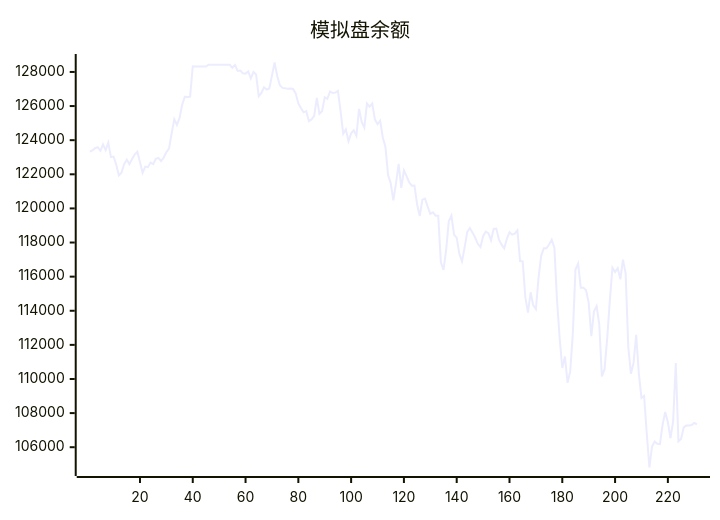
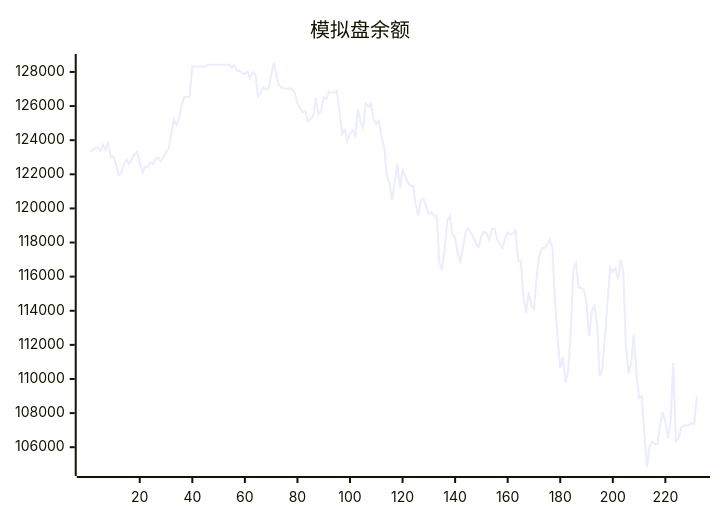
The diagram in README.md (aahl/ai-trading), drawn with Mermaid before and after one commit. The commit also changed other lines of this file and 1 other file, not shown here.

````diff
--- a/README.md
+++ b/README.md
@@ -5,5 +5,5 @@
 ```mermaid
 xychart
     title "模拟盘余额"
-    line [123338,123402,123530,123592,123378,123745,123413,123853,123009,123040,122557,121938,122095,122599,122856,122597,122898,123160,123319,122719,122087,122454,122416,122685,122592,122907,122961,122776,122981,123295,123507,124403,125224,124894,125303,126088,126544,126534,126549,128335,128318,128318,128318,128318,128318,128424,128424,128424,128424,128424,128424,128424,128424,128424,128247,128412,128062,128087,127917,127901,128026,127611,128000,127850,126572,126770,127100,126971,127029,127783,128554,127765,127224,127064,127044,127009,127025,127004,126738,126152,125871,125635,125707,125117,125217,125420,126480,125545,125715,126511,126424,126856,126764,126788,126890,125710,124381,124632,123936,124402,124574,124256,125833,125070,124739,126154,125966,126145,125213,124943,125143,124157,123604,121959,121476,120476,121470,122610,121201,122221,121889,121522,121332,121344,120232,119559,120513,120577,120108,119680,119777,119572,119568,116839,116392,117573,119250,119585,118469,118277,117338,116897,117706,118628,118849,118579,118280,117926,117735,118373,118639,118544,118136,118798,118819,118162,117874,117649,118215,118601,118463,118517,118713,116911,116899,114798,113887,115084,114313,114091,115934,117221,117658,117658,117883,118164,117693,114632,112403,110644,111313,109777,110444,112673,116419,116772,115355,115355,115198,114476,112510,113954,114276,113223,110151,110561,112361,114562,116522,116265,116500,115845,117000,116199,111887,110306,110942,112588,110318,108891,109011,106814,104811,106038,106327,106201,106180,107315,108068,107463,106528,107530,110941,106346,106482,107161,107268,107270,107302,107426,107340]
+    line [123338,123402,123530,123592,123378,123745,123413,123853,123009,123040,122557,121938,122095,122599,122856,122597,122898,123160,123319,122719,122087,122454,122416,122685,122592,122907,122961,122776,122981,123295,123507,124403,125224,124894,125303,126088,126544,126534,126549,128335,128318,128318,128318,128318,128318,128424,128424,128424,128424,128424,128424,128424,128424,128424,128247,128412,128062,128087,127917,127901,128026,127611,128000,127850,126572,126770,127100,126971,127029,127783,128554,127765,127224,127064,127044,127009,127025,127004,126738,126152,125871,125635,125707,125117,125217,125420,126480,125545,125715,126511,126424,126856,126764,126788,126890,125710,124381,124632,123936,124402,124574,124256,125833,125070,124739,126154,125966,126145,125213,124943,125143,124157,123604,121959,121476,120476,121470,122610,121201,122221,121889,121522,121332,121344,120232,119559,120513,120577,120108,119680,119777,119572,119568,116839,116392,117573,119250,119585,118469,118277,117338,116897,117706,118628,118849,118579,118280,117926,117735,118373,118639,118544,118136,118798,118819,118162,117874,117649,118215,118601,118463,118517,118713,116911,116899,114798,113887,115084,114313,114091,115934,117221,117658,117658,117883,118164,117693,114632,112403,110644,111313,109777,110444,112673,116419,116772,115355,115355,115198,114476,112510,113954,114276,113223,110151,110561,112361,114562,116522,116265,116500,115845,117000,116199,111887,110306,110942,112588,110318,108891,109011,106814,104811,106038,106327,106201,106180,107315,108068,107463,106528,107530,110941,106346,106482,107161,107268,107270,107302,107426,107340,108985]
 ```
````
